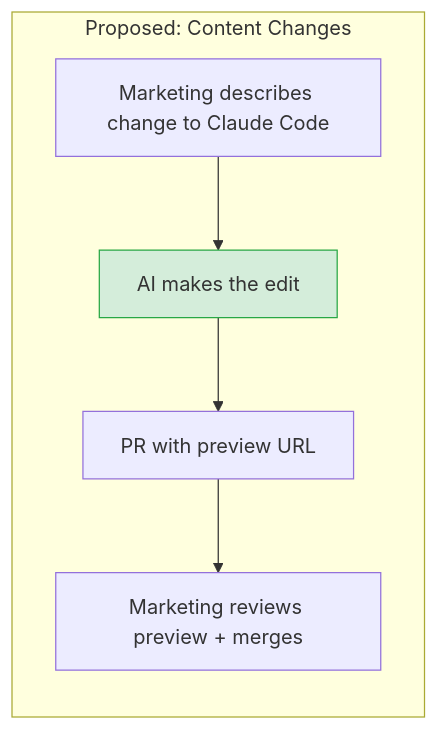
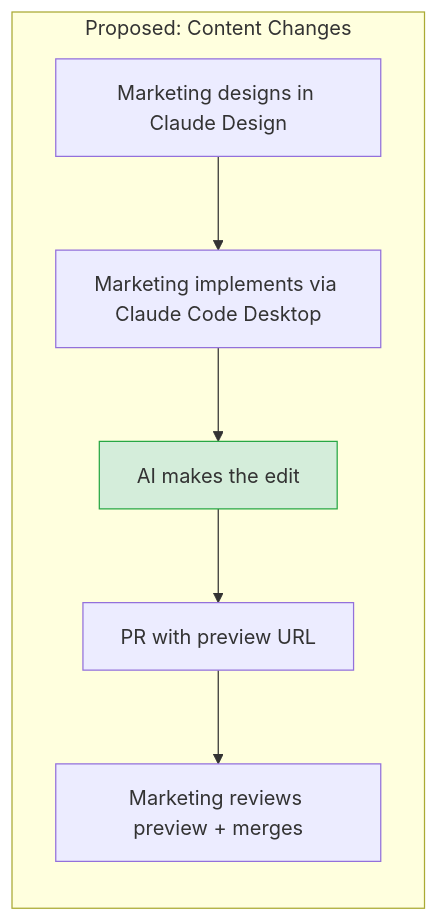
The second of 13 diagrams in docs/proposal-remove-contentful.md (phil-inc/phil-us-contentful), drawn with Mermaid before and after one commit. The commit also changed other lines of this file, not shown here.

First line of the commit message:
docs: consistently reference Claude Design + Claude Code Desktop together

````diff
--- a/docs/proposal-remove-contentful.md
+++ b/docs/proposal-remove-contentful.md
@@ -43,10 +43,11 @@
 ```mermaid
 flowchart LR
     subgraph proposed["Proposed: Content Changes"]
-        M[Marketing describes change to Claude Code] --> A[AI makes the edit]
+        M[Marketing designs in Claude Design] --> B[Marketing implements via Claude Code Desktop]
+        B --> A[AI makes the edit]
         A --> P[PR with preview URL]
         P --> R[Marketing reviews preview + merges]
     end
 
     style A fill:#d4edda,stroke:#28a745
 ```
````
